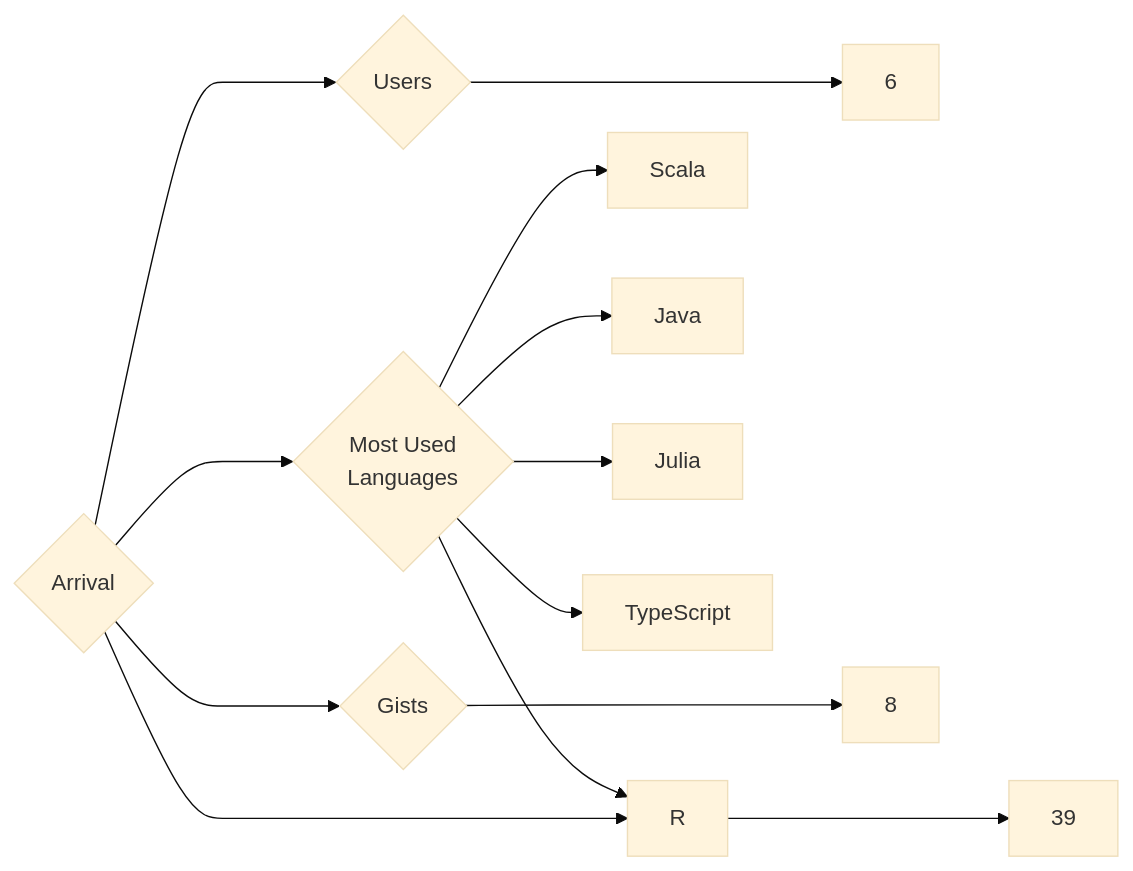
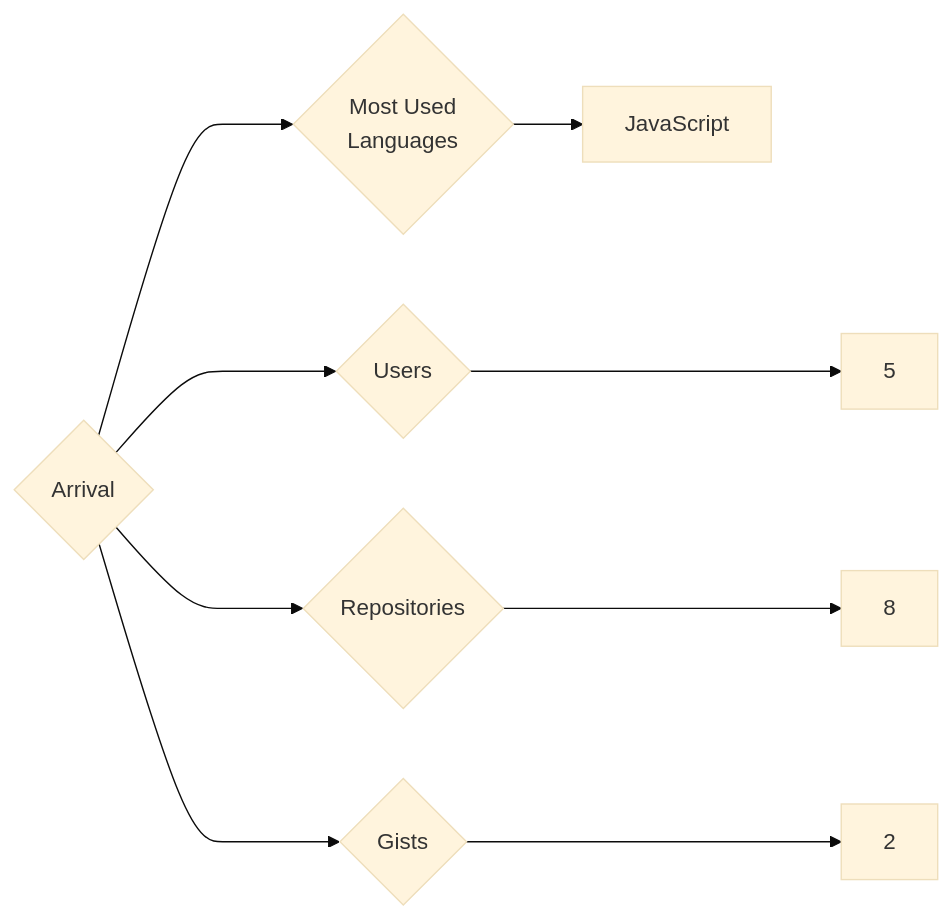
Before and after one commit to trickest/insiders: the diagram in targets/Arrival/README.md, drawn with Mermaid (base theme). The commit also changed 995 other files, not shown here.

````diff
--- a/targets/Arrival/README.md
+++ b/targets/Arrival/README.md
@@ -3,13 +3,9 @@
 ```mermaid
 graph LR
 COMPANY_NAME{Arrival}
-COMPANY_NAME ---> U{Users} ---> UN[6]
-COMPANY_NAME ---> R{Repositories} ---> RN[39]
-COMPANY_NAME ---> G{Gists} ---> GN[8]
+COMPANY_NAME ---> U{Users} ---> UN[5]
+COMPANY_NAME ---> R{Repositories} ---> RN[8]
+COMPANY_NAME ---> G{Gists} ---> GN[2]
 COMPANY_NAME ---> ML{Most Used<br>Languages}
-ML --> Scala[Scala]
-ML --> Java[Java]
-ML --> R[R]
-ML --> Julia[Julia]
-ML --> TypeScript[TypeScript]
+ML --> JavaScript[JavaScript]
 ```
````
